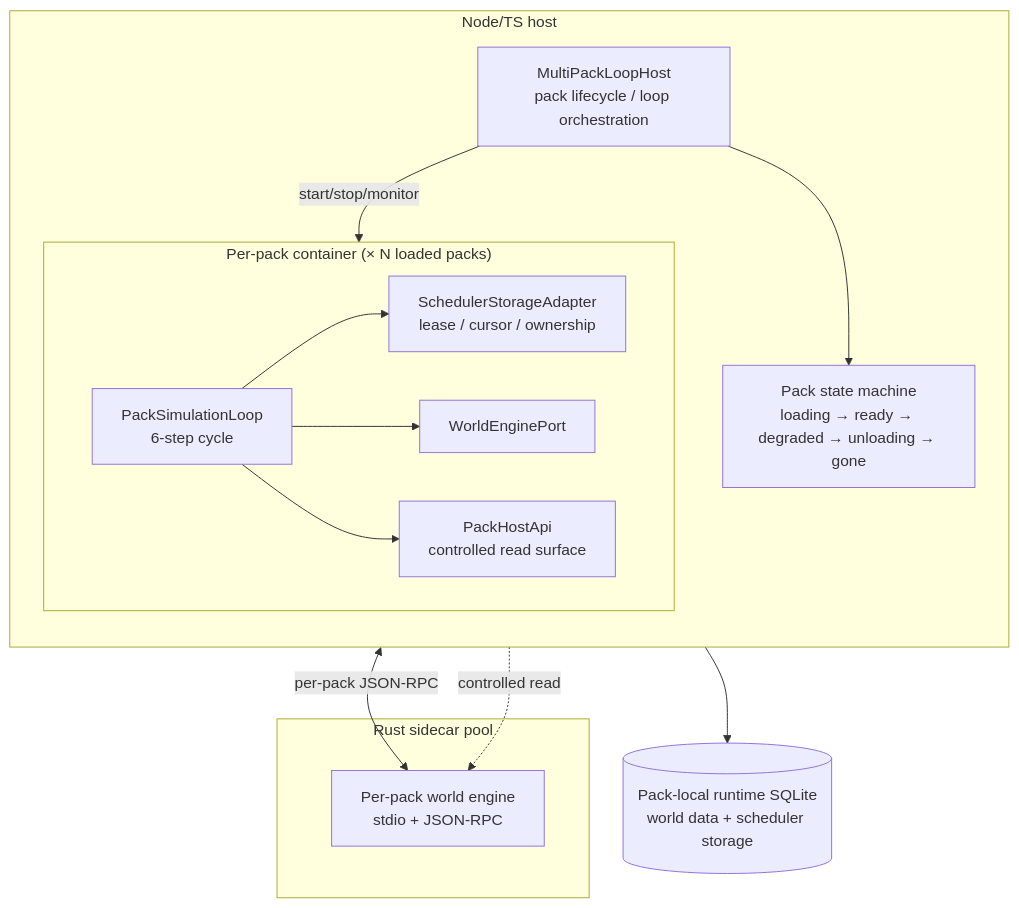
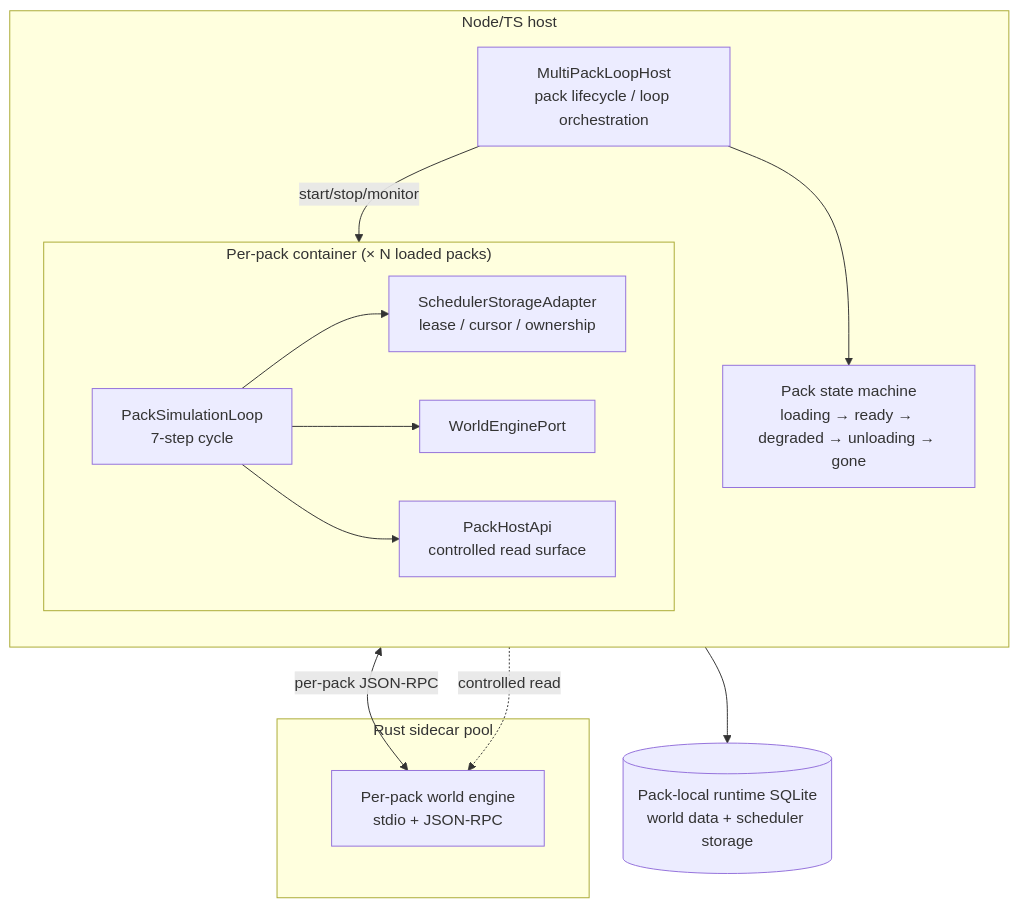
Before and after one commit to Hai-de/Yidhras: the third of 7 diagrams in docs/ARCH_DIAGRAM.md, drawn with Mermaid. The commit also changed other lines of this file and 29 other files, not shown here.

````diff
--- a/docs/ARCH_DIAGRAM.md
+++ b/docs/ARCH_DIAGRAM.md
@@ -90,31 +90,31 @@
 ```mermaid
 flowchart TB
     subgraph Host[Node/TS host]
         direction TB
         MultiPackLoopHost[MultiPackLoopHost\npack lifecycle / loop orchestration]
         PackStateMachine[Pack state machine\nloading → ready → degraded → unloading → gone]
 
         subgraph PackContainer["Per-pack container (× N loaded packs)"]
             direction LR
-            PackLoop[PackSimulationLoop\n6-step cycle]
+            PackLoop[PackSimulationLoop\n7-step cycle]
             SchedAdapter[SchedulerStorageAdapter\nlease / cursor / ownership]
             WEP[WorldEnginePort]
             HostAPI[PackHostApi\ncontrolled read surface]
         end
     end
 
     subgraph SidecarPool[Rust sidecar pool]
         SidecarProc[Per-pack world engine\nstdio + JSON-RPC]
     end
 
     PackSQLite[(Pack-local runtime SQLite\nworld data + scheduler storage)]
 
     MultiPackLoopHost -->|"start/stop/monitor"| PackLoop
     MultiPackLoopHost --> PackStateMachine
     PackLoop --> SchedAdapter
     PackLoop --> WEP
     PackLoop --> HostAPI
     WEP <-->|"per-pack JSON-RPC"| SidecarProc
     HostAPI -.->|"controlled read"| SidecarProc
     SchedAdapter --> PackSQLite
 ```
````
